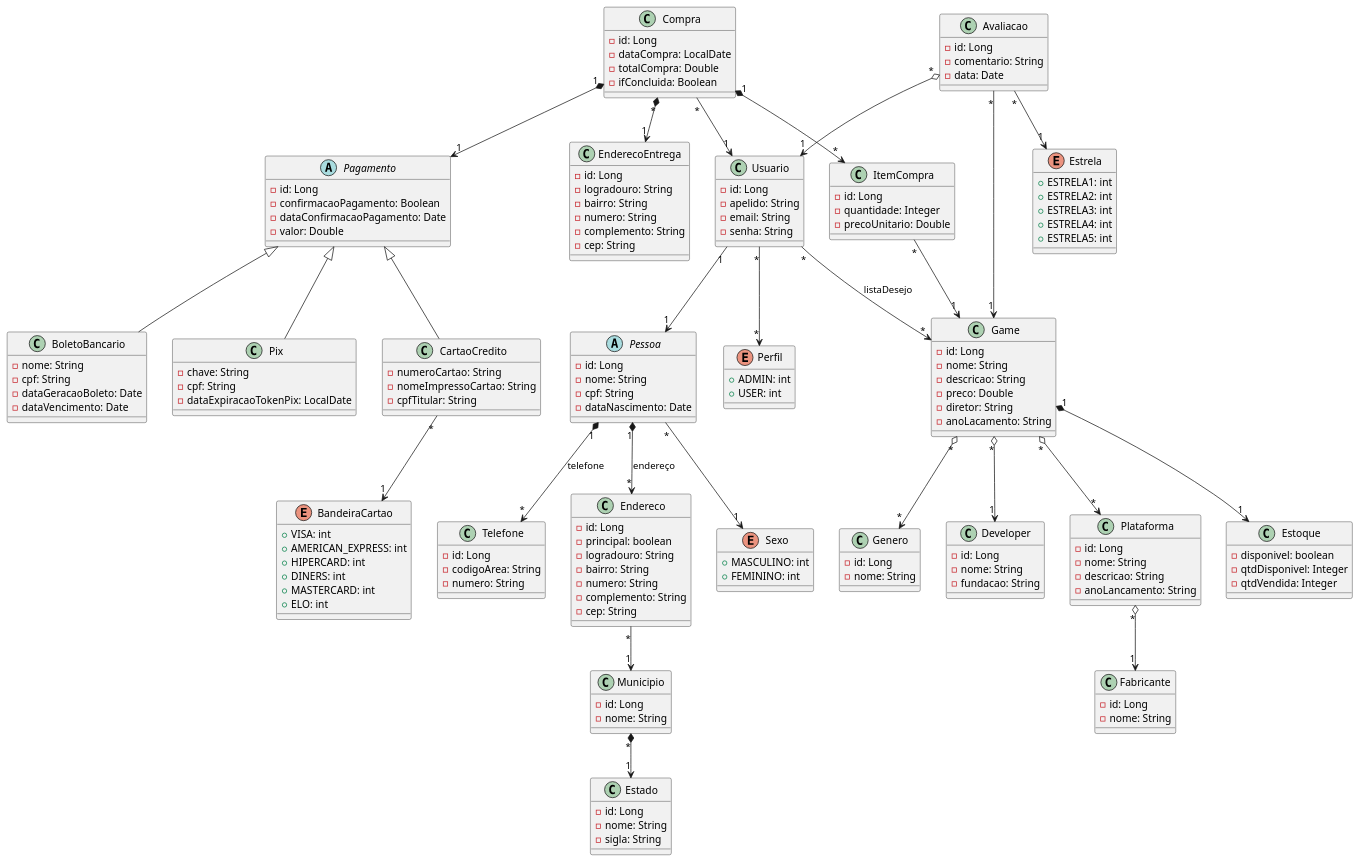
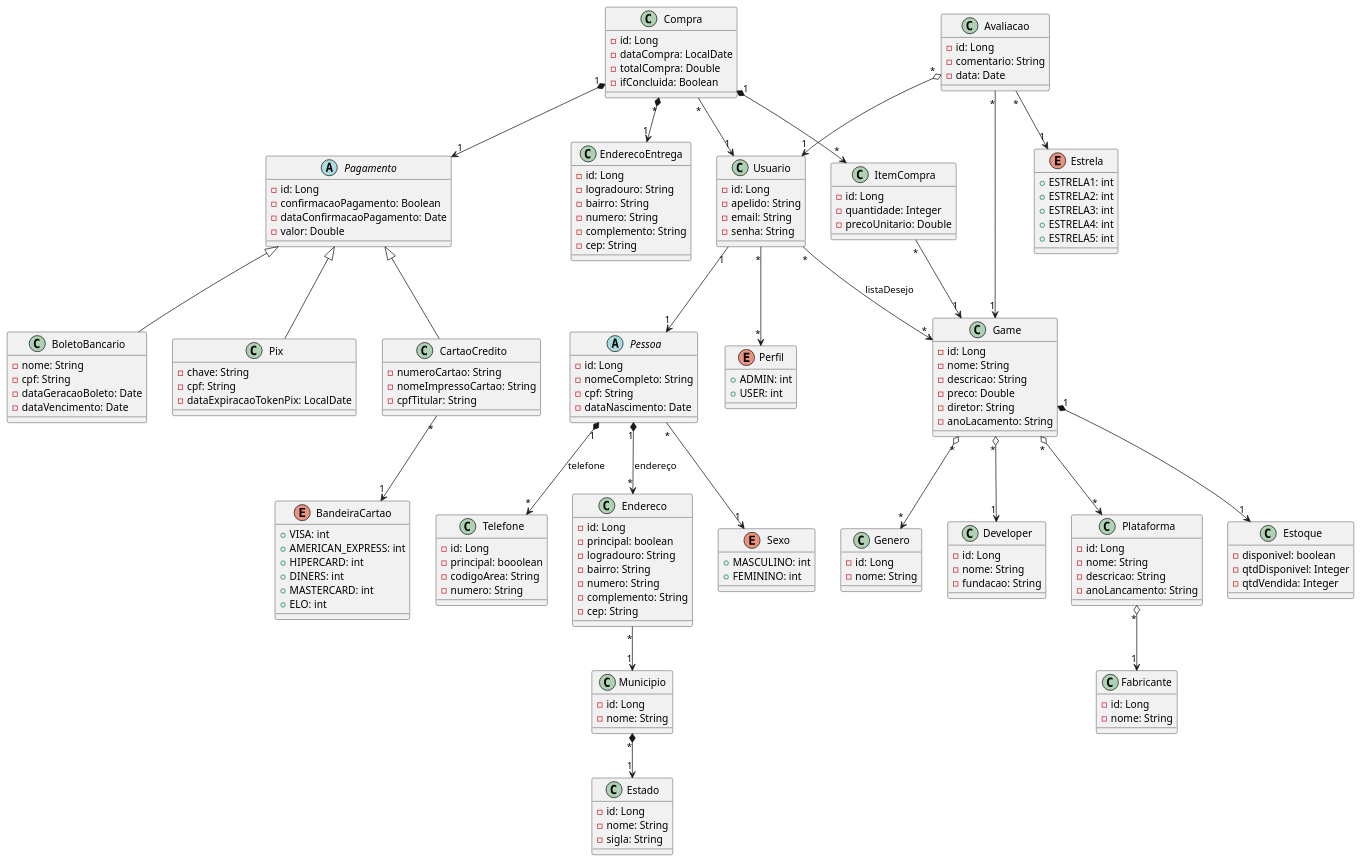
One commit to alvesluis311/ProjetoECommerce changed the diagram in Games.plantuml. Above: the diagram before and after it, drawn with PlantUML.

Commit message:
revisado uml

```diff
--- a/Games.plantuml
+++ b/Games.plantuml
@@ -46,7 +46,7 @@
     abstract class Pessoa {
 
         - id: Long
-        - nome: String
+        - nomeCompleto: String
         - cpf: String
         - dataNascimento: Date
     }
@@ -74,6 +74,7 @@
     class Telefone {
 
         - id: Long
+        - principal: booolean
         - codigoArea: String
         - numero: String
     }
```
